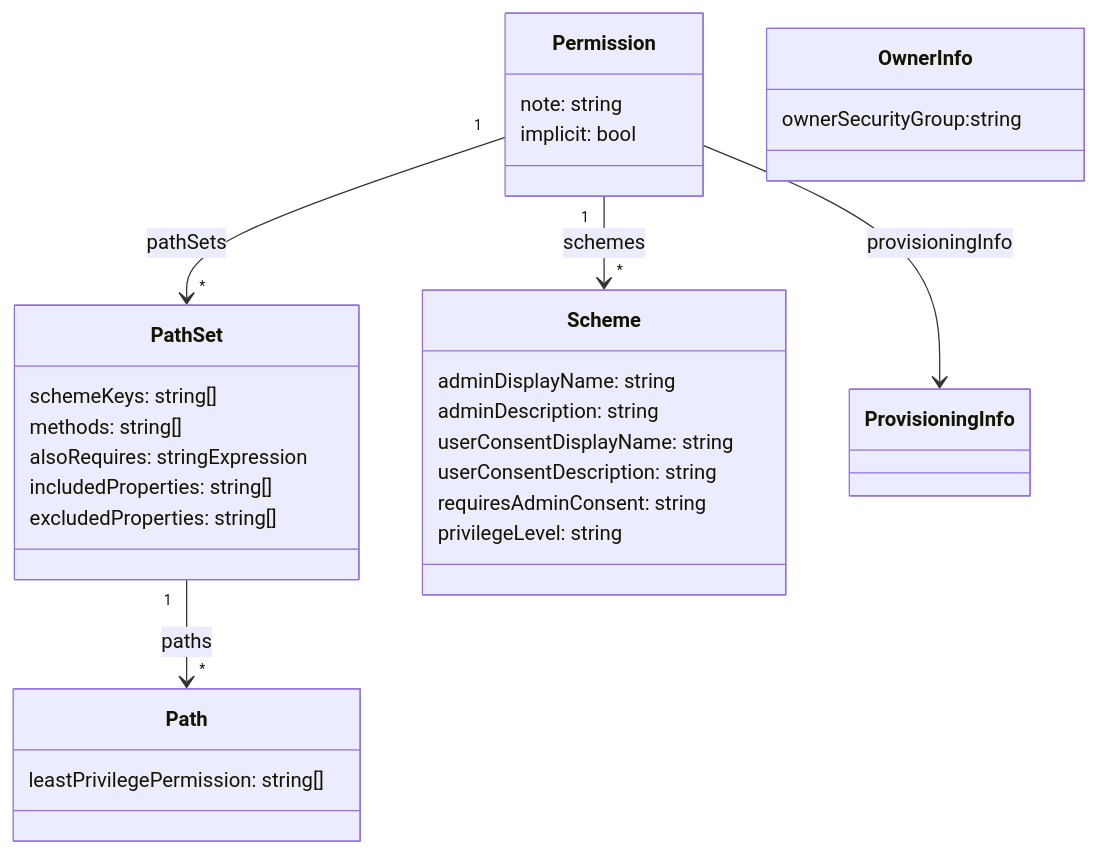
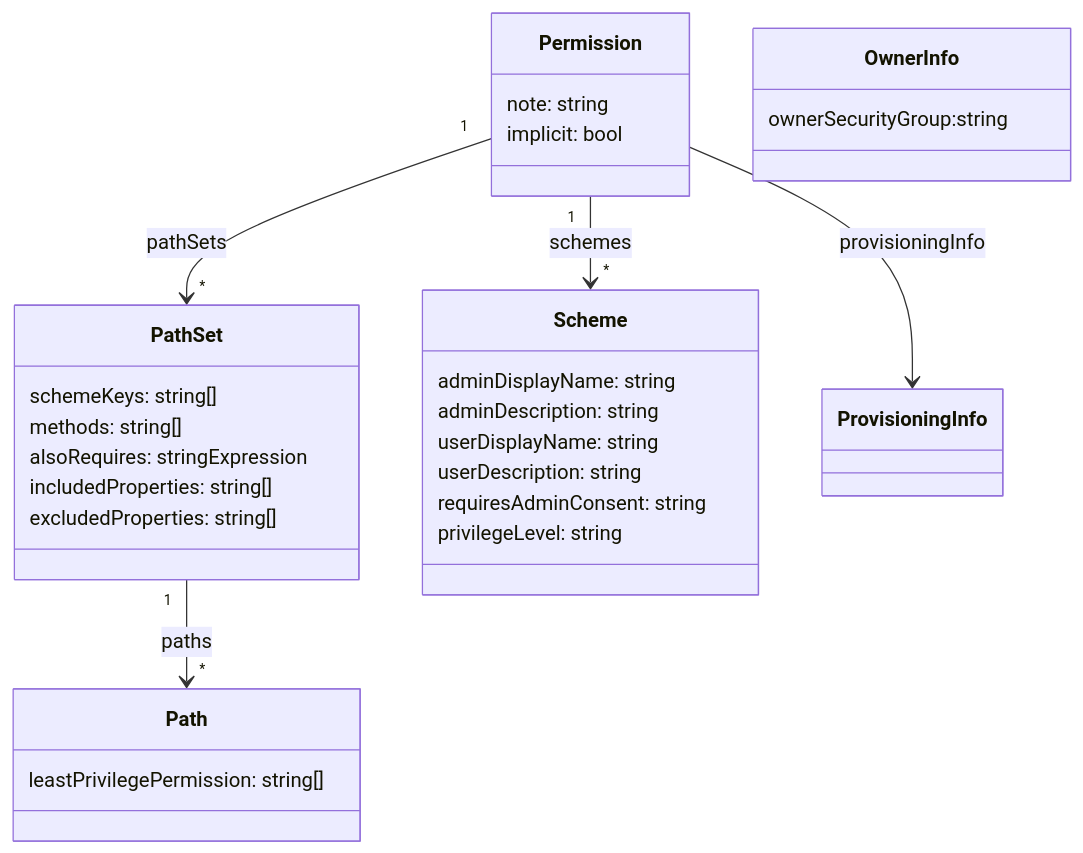
One commit to microsoftgraph/kibali changed the diagram in specs/permissions.md. Above: the diagram before and after it, drawn with Mermaid. The commit also changed other lines of this file, not shown here.

Commit message:
Rename user consent string titles

````diff
--- a/specs/permissions.md
+++ b/specs/permissions.md
@@ -192,38 +192,38 @@
 ```mermaid
 classDiagram
 
     class Permission{
         note: string
         implicit: bool
     }
     Permission "1" --> "*" PathSet:pathSets
     Permission "1" --> "*" Scheme:schemes
     Permission  -->  ProvisioningInfo:provisioningInfo
 
     class OwnerInfo {
         ownerSecurityGroup:string
     }
 
     class PathSet{
         schemeKeys: string[]     
         methods: string[] 
         alsoRequires: stringExpression 
         includedProperties: string[]     
         excludedProperties: string[]     
     }
     PathSet "1" --> "*" Path:paths
 
     class Path{
         leastPrivilegePermission: string[]
     }
 
     class Scheme{
         adminDisplayName: string
         adminDescription: string
-        userConsentDisplayName: string
-        userConsentDescription: string
+        userDisplayName: string
+        userDescription: string
         requiresAdminConsent: string
         privilegeLevel: string
     }
 
 ```
````
